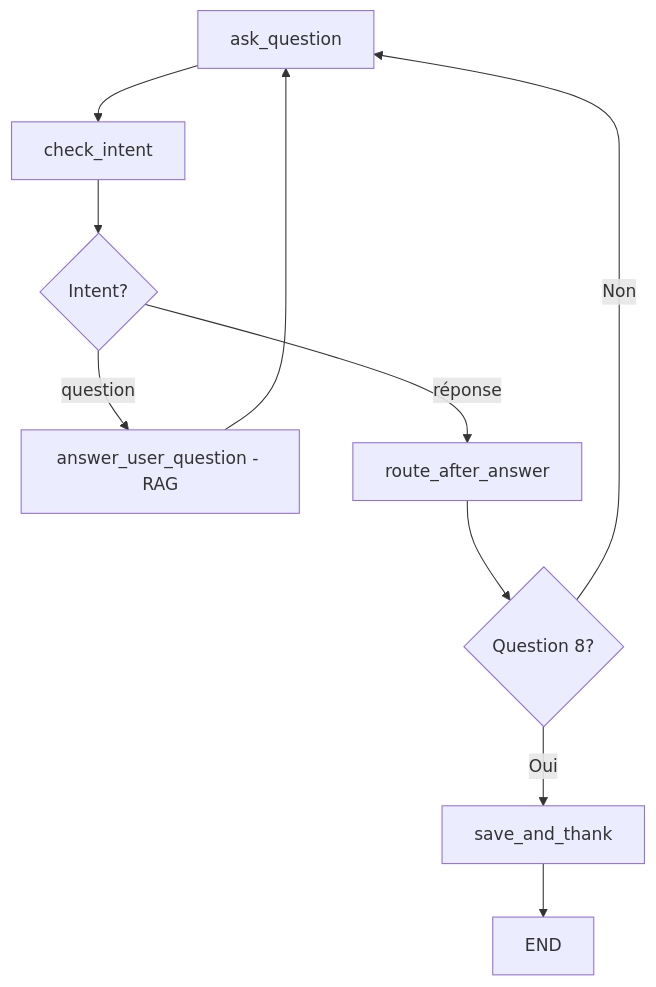
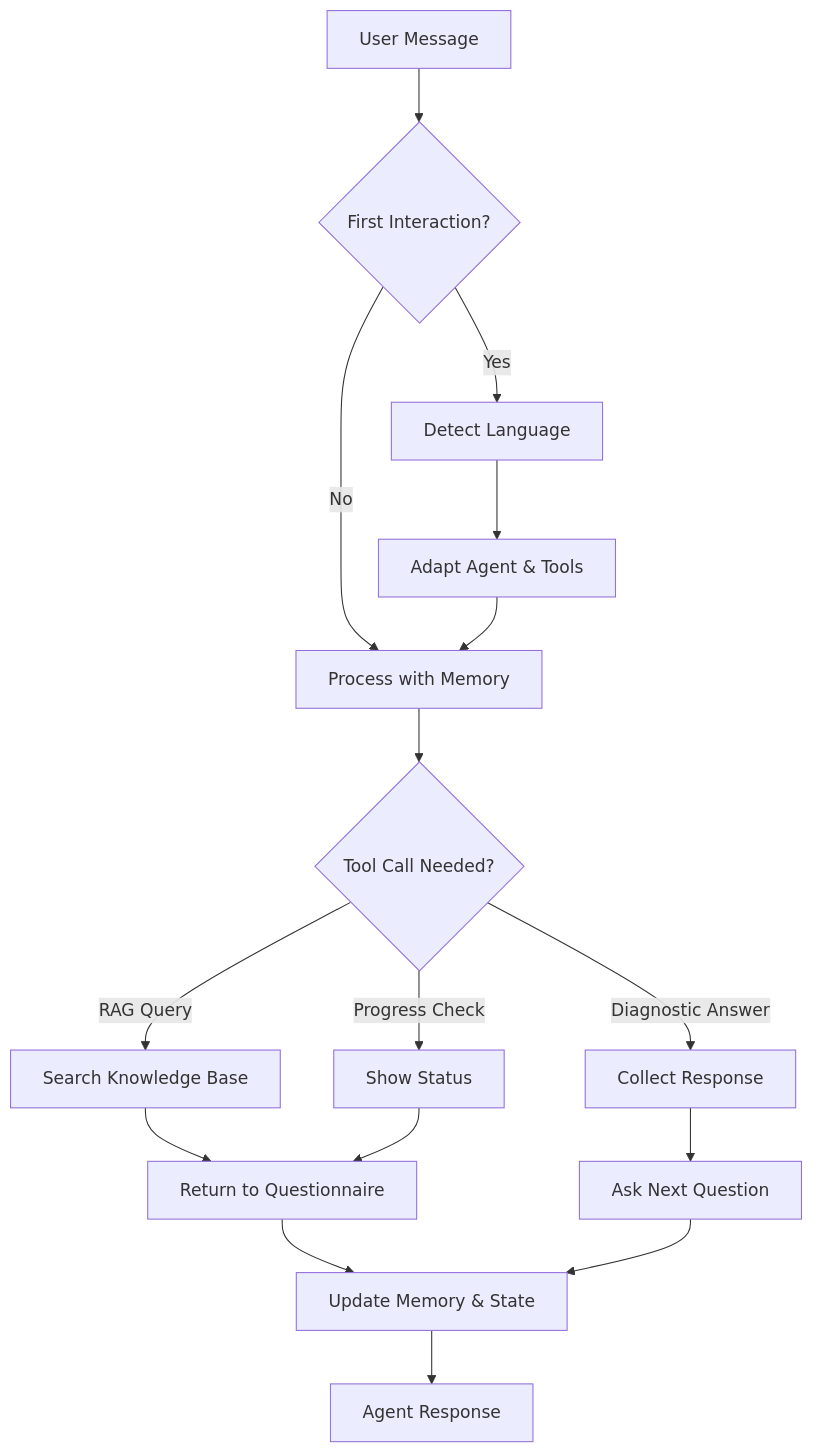
The diagram in README.md (Mincaai-cci-col/CCI_colombia_agent), drawn with Mermaid before and after one commit. The commit also changed other lines of this file and 8 other files, not shown here.

````diff
--- a/README.md
+++ b/README.md
@@ -93,12 +190,18 @@
 ```mermaid
 graph TD
-    A[ask_question] --> B[check_intent]
-    B --> C{Intent?}
-    C -->|question| D[answer_user_question - RAG]
-    C -->|réponse| E[route_after_answer]
-    D --> A
-    E --> F{Question 8?}
-    F -->|Non| A
-    F -->|Oui| G[save_and_thank]
-    G --> H[END]
+    A[User Message] --> B{First Interaction?}
+    B -->|Yes| C[Detect Language]
+    B -->|No| D[Process with Memory]
+    C --> E[Adapt Agent & Tools]
+    E --> D
+    D --> F{Tool Call Needed?}
+    F -->|RAG Query| G[Search Knowledge Base]
+    F -->|Diagnostic Answer| H[Collect Response]
+    F -->|Progress Check| I[Show Status]
+    G --> J[Return to Questionnaire]
+    H --> K[Ask Next Question]
+    I --> J
+    J --> L[Update Memory & State]
+    K --> L
+    L --> M[Agent Response]
 ```
````
